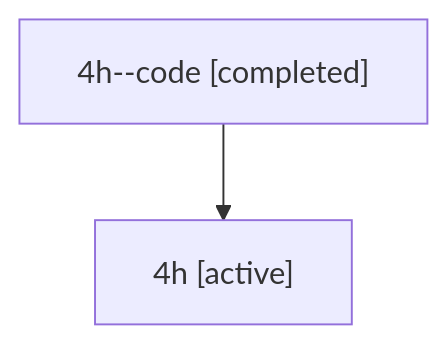
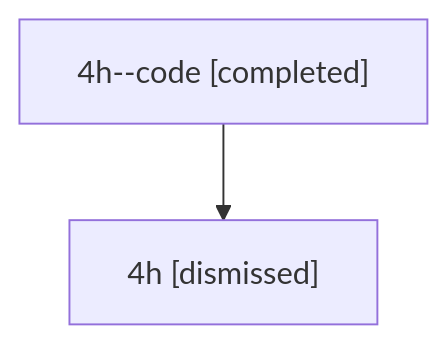
Before and after one commit to sase-org/sase--agents: the diagram in sessions/bbugyi200.athena.4h.md, drawn with Mermaid. The commit also changed other lines of this file and 18 other files, not shown here.

````diff
--- a/sessions/bbugyi200.athena.4h.md
+++ b/sessions/bbugyi200.athena.4h.md
@@ -9,6 +9,6 @@
 ```mermaid
 flowchart TD
   n0["4h--code [completed]"]
-  n1["4h [active]"]
+  n1["4h [dismissed]"]
   n0 --> n1
 ```
````
